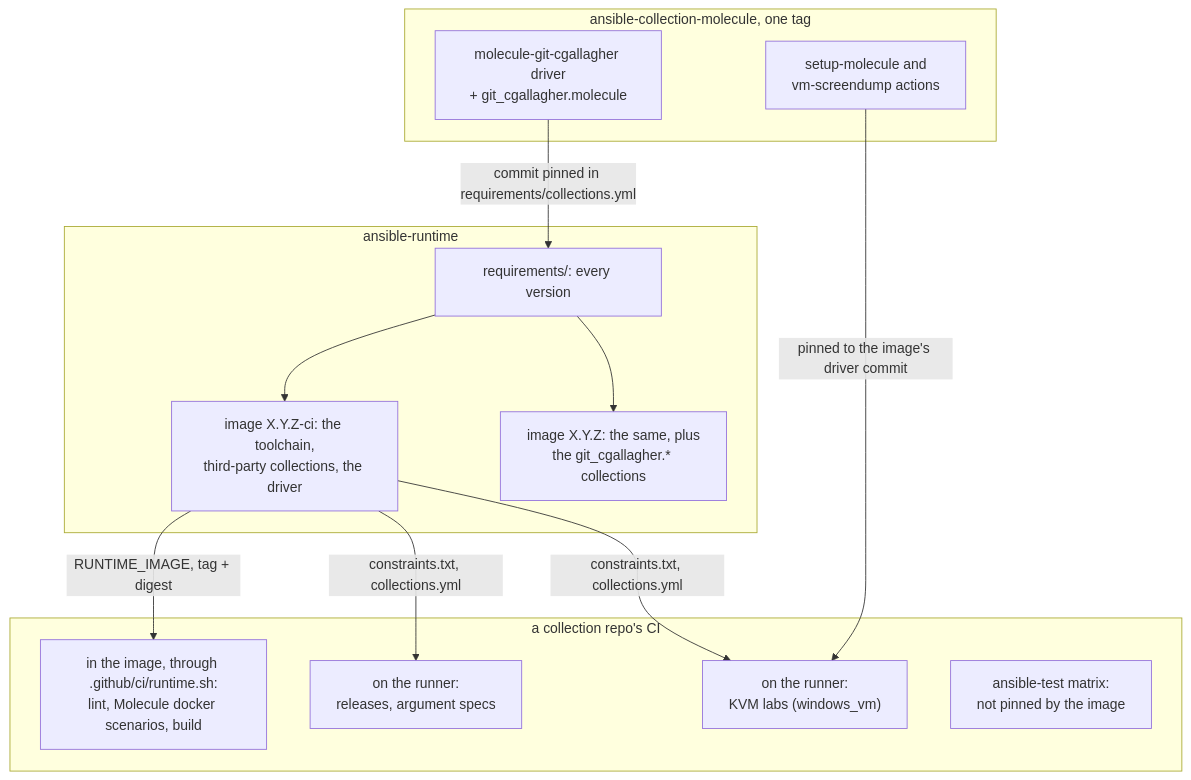
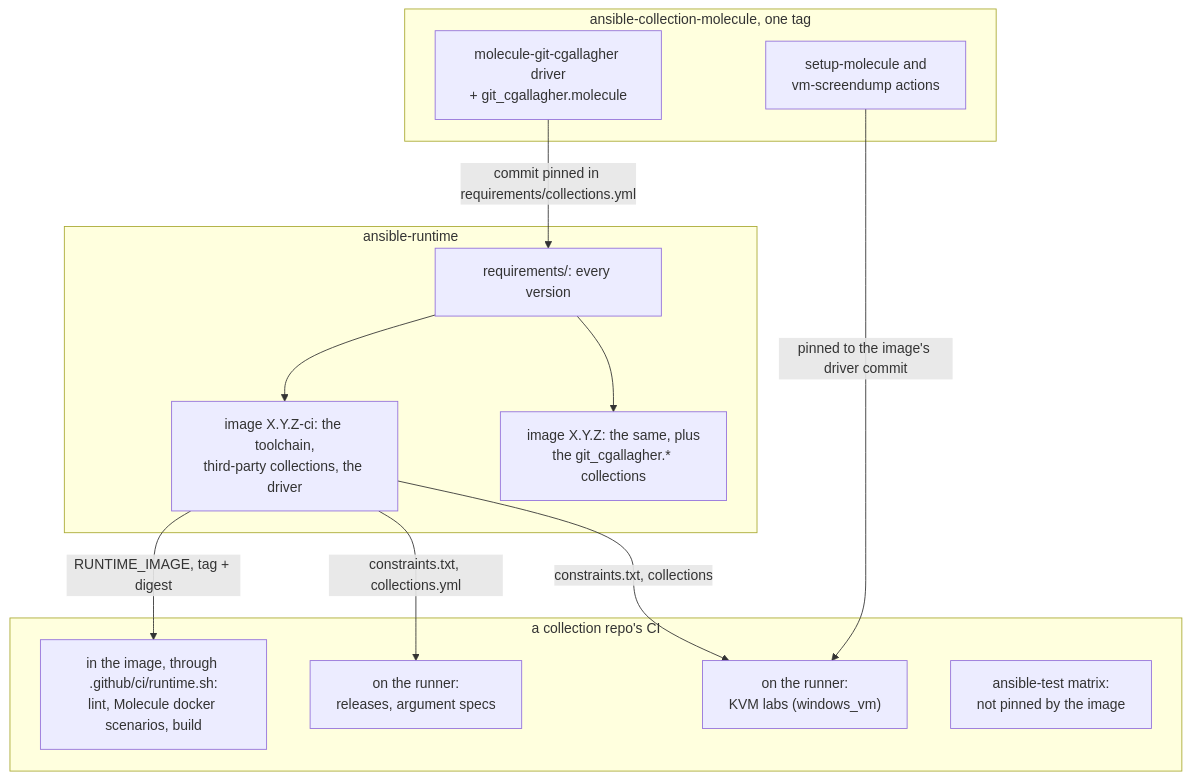
One commit to git-cgallagher/ansible-runtime changed the diagram in docs/SHARED-CI.md. Above: the diagram before and after it, drawn with Mermaid. The commit also changed other lines of this file and 1 other file, not shown here.

First line of the commit message:
docs: SHARED-CI.md, setup-molecule's collections-image has landed

````diff
--- a/docs/SHARED-CI.md
+++ b/docs/SHARED-CI.md
@@ -19,25 +19,25 @@
 ```mermaid
 flowchart TB
   subgraph MOL["ansible-collection-molecule, one tag"]
     DRV["molecule-git-cgallagher driver<br/>+ git_cgallagher.molecule"]
     ACT["setup-molecule and<br/>vm-screendump actions"]
   end
   subgraph RT["ansible-runtime"]
     PINS["requirements/: every version"]
     CIIMG["image X.Y.Z-ci: the toolchain,<br/>third-party collections, the driver"]
     RTIMG["image X.Y.Z: the same, plus<br/>the git_cgallagher.* collections"]
     PINS --> CIIMG
     PINS --> RTIMG
   end
   subgraph CON["a collection repo's CI"]
     IN["in the image, through .github/ci/runtime.sh:<br/>lint, Molecule docker scenarios, build"]
     RUN["on the runner:<br/>releases, argument specs"]
     LAB["on the runner:<br/>KVM labs (windows_vm)"]
     MAT["ansible-test matrix:<br/>not pinned by the image"]
   end
   DRV -- "commit pinned in requirements/collections.yml" --> PINS
   CIIMG -- "RUNTIME_IMAGE, tag + digest" --> IN
   CIIMG -- "constraints.txt, collections.yml" --> RUN
-  CIIMG -- "constraints.txt, collections.yml" --> LAB
+  CIIMG -- "constraints.txt, collections" --> LAB
   ACT -- "pinned to the image's driver commit" --> LAB
 ```
````
